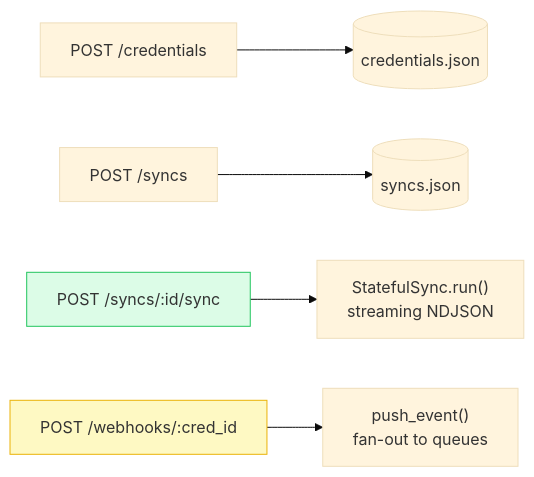
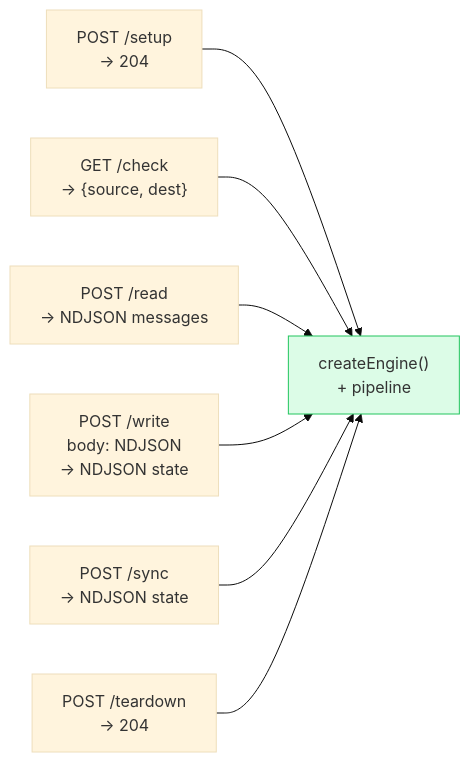
Before and after one commit to supabase/stripe-sync-engine: the seventh of 7 diagrams in docs/slides/architecture.md, drawn with Mermaid (base theme). The commit also changed other lines of this file and 8 other files, not shown here.

````diff
--- a/docs/slides/architecture.md
+++ b/docs/slides/architecture.md
@@ -273,9 +303,17 @@
 ```mermaid
 flowchart LR
-  C["POST /credentials"] --> CS[("credentials.json")]
-  SY["POST /syncs"] --> SS[("syncs.json")]
-  RN["POST /syncs/:id/sync"] --> SVC["StatefulSync.run()\nstreaming NDJSON"]
-  WH["POST /webhooks/:cred_id"] --> PE["push_event()\nfan-out to queues"]
-  style RN fill:#dcfce7,stroke:#22c55e
-  style WH fill:#fef9c3,stroke:#eab308
+  SETUP["POST /setup\n→ 204"]
+  CHECK["GET /check\n→ {source, dest}"]
+  READ["POST /read\n→ NDJSON messages"]
+  WRITE["POST /write\nbody: NDJSON\n→ NDJSON state"]
+  SYNC["POST /sync\n→ NDJSON state"]
+  TEAR["POST /teardown\n→ 204"]
+  ENG["createEngine()\n+ pipeline"]
+  SETUP --> ENG
+  CHECK --> ENG
+  READ  --> ENG
+  WRITE --> ENG
+  SYNC  --> ENG
+  TEAR  --> ENG
+  style ENG fill:#dcfce7,stroke:#22c55e
 ```
````
